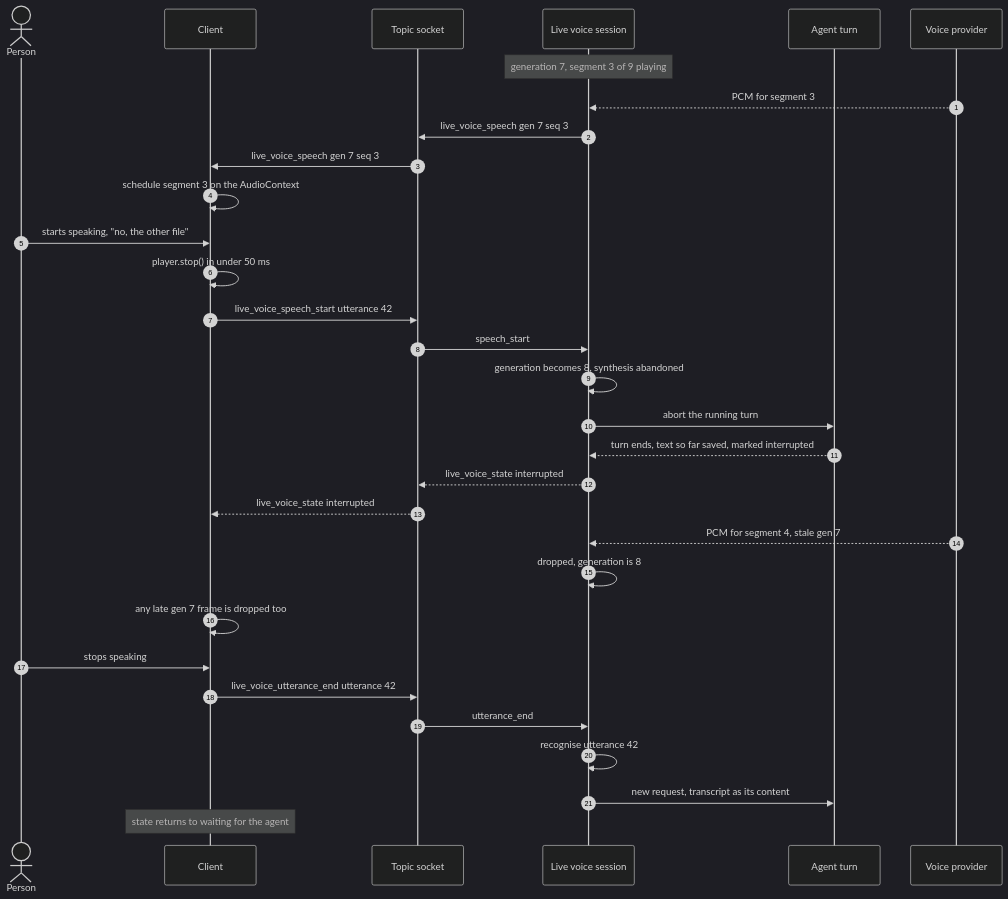
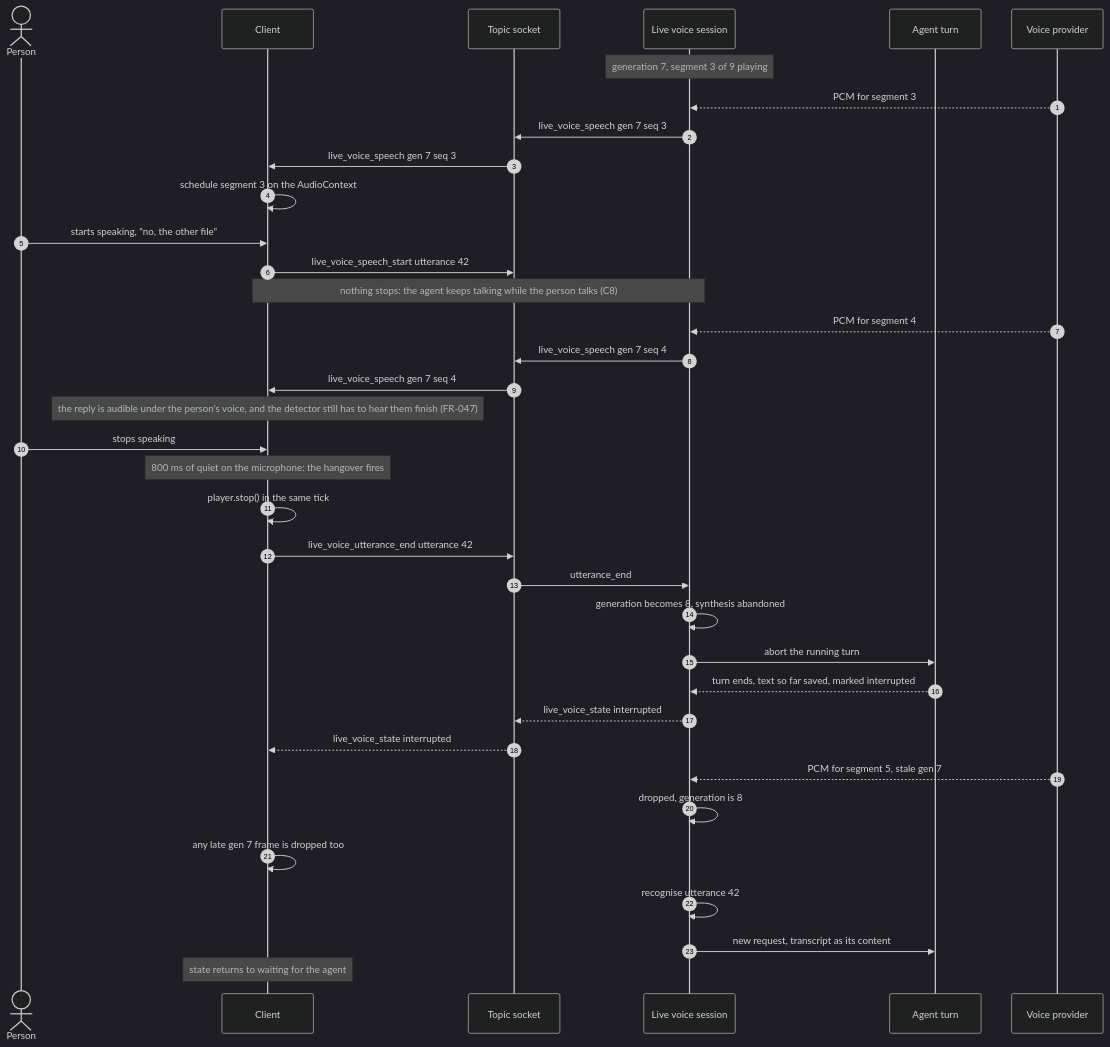
One commit to vizier-lab/vizier changed the second of 4 diagrams in specs/055-live-voice/diagrams.md. Above: the diagram before and after it, drawn with Mermaid (dark theme). The commit also changed other lines of this file and 5 other files, not shown here.

````diff
--- a/specs/055-live-voice/diagrams.md
+++ b/specs/055-live-voice/diagrams.md
@@ -53,34 +54,39 @@
 ```mermaid
 sequenceDiagram
     autonumber
     actor P as Person
     participant C as Client
     participant S as Topic socket
     participant L as Live voice session
     participant T as Agent turn
     participant V as Voice provider
 
     Note over L: generation 7, segment 3 of 9 playing
     V-->>L: PCM for segment 3
     L->>S: live_voice_speech gen 7 seq 3
     S->>C: live_voice_speech gen 7 seq 3
     C->>C: schedule segment 3 on the AudioContext
     P->>C: starts speaking, "no, the other file"
-    C->>C: player.stop() in under 50 ms
     C->>S: live_voice_speech_start utterance 42
-    S->>L: speech_start
+    Note over C,L: nothing stops: the agent keeps talking while the person talks (C8)
+    V-->>L: PCM for segment 4
+    L->>S: live_voice_speech gen 7 seq 4
+    S->>C: live_voice_speech gen 7 seq 4
+    Note over C: the reply is audible under the person's voice, and the detector still has to hear them finish (FR-047)
+    P->>C: stops speaking
+    Note over C: 800 ms of quiet on the microphone: the hangover fires
+    C->>C: player.stop() in the same tick
+    C->>S: live_voice_utterance_end utterance 42
+    S->>L: utterance_end
     L->>L: generation becomes 8, synthesis abandoned
     L->>T: abort the running turn
     T-->>L: turn ends, text so far saved, marked interrupted
     L-->>S: live_voice_state interrupted
     S-->>C: live_voice_state interrupted
-    V-->>L: PCM for segment 4, stale gen 7
+    V-->>L: PCM for segment 5, stale gen 7
     L->>L: dropped, generation is 8
     C->>C: any late gen 7 frame is dropped too
-    P->>C: stops speaking
-    C->>S: live_voice_utterance_end utterance 42
-    S->>L: utterance_end
     L->>L: recognise utterance 42
     L->>T: new request, transcript as its content
     Note over C: state returns to waiting for the agent
 ```
````
